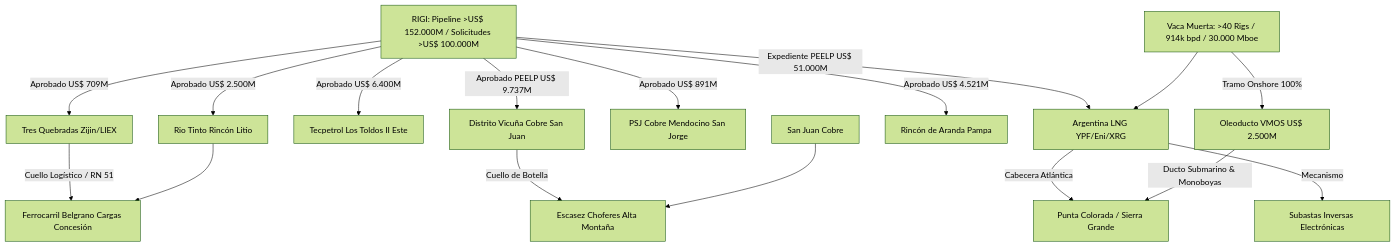
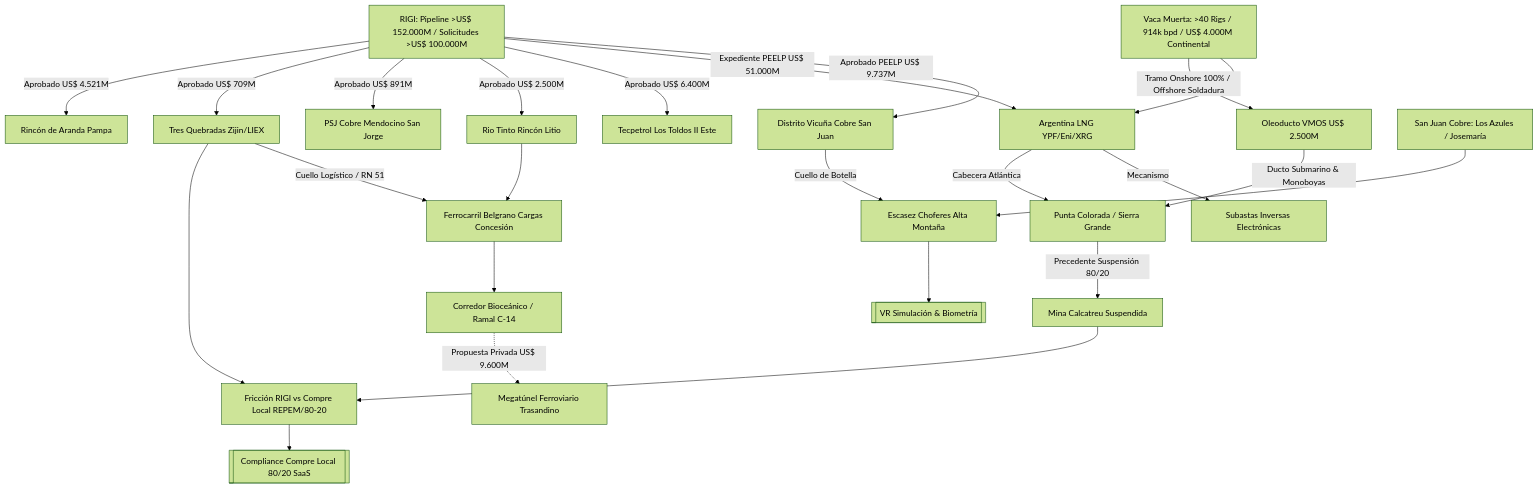
One commit to GustavoDago/argentina-mining-vault changed the diagram in wiki/03 Analysis/Oportunidades y Conexiones.md. Above: the diagram before and after it, drawn with Mermaid (forest theme). The commit also changed other lines of this file and 32 other files, not shown here.

Commit message:
feat(vault): ingesta y consolidacion de 6 reportes Jules Intel (07-13 sep 2026), hito RIGI US$ 100B, precedente Calcatreu 80/20 y tesis Tech Lead

````diff
--- a/wiki/03 Analysis/Oportunidades y Conexiones.md
+++ b/wiki/03 Analysis/Oportunidades y Conexiones.md
@@ -35,23 +35,31 @@
 ```mermaid
 graph TD
     RIGI[RIGI: Pipeline >US$ 152.000M / Solicitudes >US$ 100.000M] --> |Aprobado PEELP US$ 9.737M| Vicuña[Distrito Vicuña Cobre San Juan]
     RIGI --> |Expediente PEELP US$ 51.000M| ArgLNG[Argentina LNG YPF/Eni/XRG]
     RIGI --> |Aprobado US$ 6.400M| Tecpetrol[Tecpetrol Los Toldos II Este]
     RIGI --> |Aprobado US$ 2.500M| Rincon[Rio Tinto Rincón Litio]
     RIGI --> |Aprobado US$ 891M| SanJorge[PSJ Cobre Mendocino San Jorge]
     RIGI --> |Aprobado US$ 709M| 3Q[Tres Quebradas Zijin/LIEX]
     RIGI --> |Aprobado US$ 4.521M| RinconAranda[Rincón de Aranda Pampa]
 
     ArgLNG --> |Mecanismo| SubastaInversa[Subastas Inversas Electrónicas]
     ArgLNG --> |Cabecera Atlántica| RioNegro[Punta Colorada / Sierra Grande]
 
-    VM[Vaca Muerta: >40 Rigs / 914k bpd / 30.000 Mboe] --> ArgLNG
-    VM --> |Tramo Onshore 100%| VMOS[Oleoducto VMOS US$ 2.500M]
+    VM[Vaca Muerta: >40 Rigs / 914k bpd / US$ 4.000M Continental] --> ArgLNG
+    VM --> |Tramo Onshore 100% / Offshore Soldadura| VMOS[Oleoducto VMOS US$ 2.500M]
     VMOS --> |Ducto Submarino & Monoboyas| RioNegro
 
     Vicuña --> |Cuello de Botella| Choferes[Escasez Choferes Alta Montaña]
-    SanJuan[San Juan Cobre] --> Choferes
+    SanJuan[San Juan Cobre: Los Azules / Josemaría] --> Choferes
+    Choferes --> VRSolution[[VR Simulación & Biometría]]
 
     3Q --> |Cuello Logístico / RN 51| BelgranoCargas[Ferrocarril Belgrano Cargas Concesión]
     Rincon --> BelgranoCargas
+    BelgranoCargas --> Bioceanico[Corredor Bioceánico / Ramal C-14]
+    Bioceanico -.-> |Propuesta Privada US$ 9.600M| Megatunel[Megatúnel Ferroviario Trasandino]
+
+    RioNegro --> |Precedente Suspensión 80/20| Calcatreu[Mina Calcatreu Suspendida]
+    Calcatreu --> FriccionLocal[Fricción RIGI vs Compre Local REPEM/80-20]
+    3Q --> FriccionLocal
+    FriccionLocal --> ComplianceSaaS[[Compliance Compre Local 80/20 SaaS]]
 ```
````
